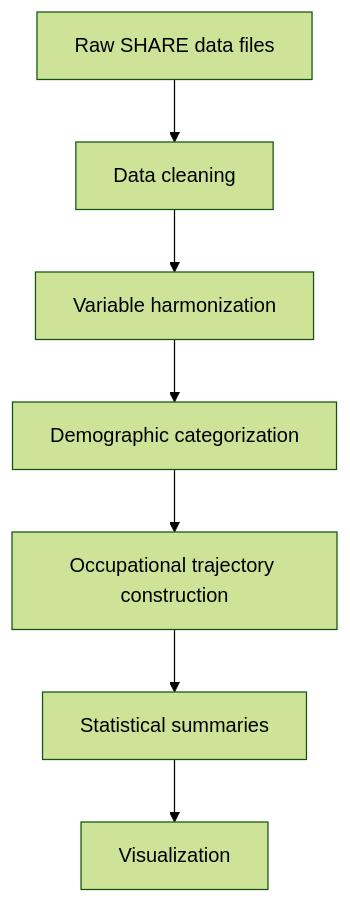
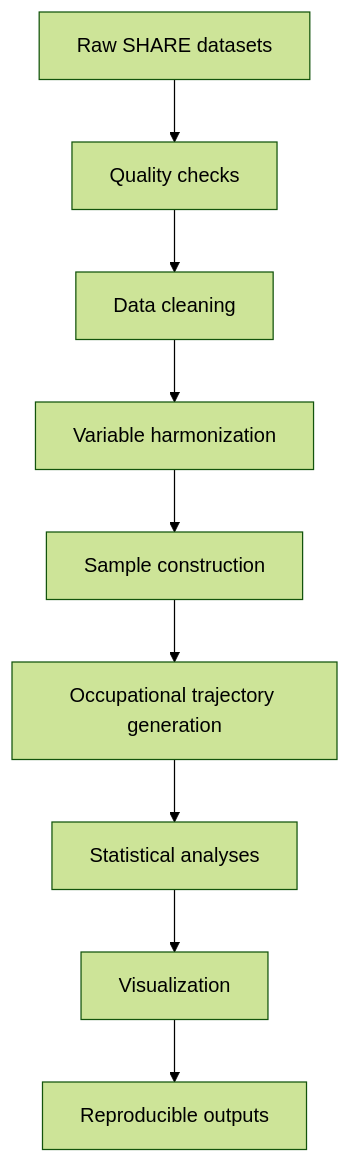
One commit to JianjiC/Occupational-attainment-of-immigrants-in-Europe changed the diagram in README.md. Above: the diagram before and after it, drawn with Mermaid (forest theme). The commit also changed other lines of this file, not shown here.

````diff
--- a/README.md
+++ b/README.md
@@ -26,9 +29,11 @@
 ```mermaid
 graph TD
-    A[Raw SHARE data files] --> B[Data cleaning]
-    B --> C[Variable harmonization]
-    C --> D[Demographic categorization]
-    D --> E[Occupational trajectory construction]
-    E --> F[Statistical summaries]
-    F --> G[Visualization]
+    A[Raw SHARE datasets] --> B[Quality checks]
+    B --> C[Data cleaning]
+    C --> D[Variable harmonization]
+    D --> E[Sample construction]
+    E --> F[Occupational trajectory generation]
+    F --> G[Statistical analyses]
+    G --> H[Visualization]
+    H --> I[Reproducible outputs]
 ```
````
